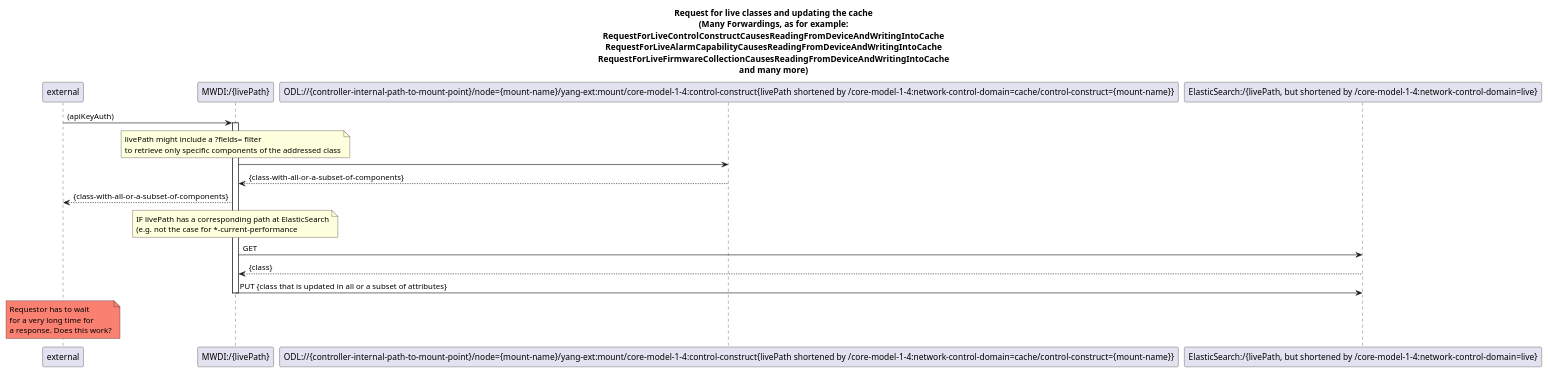
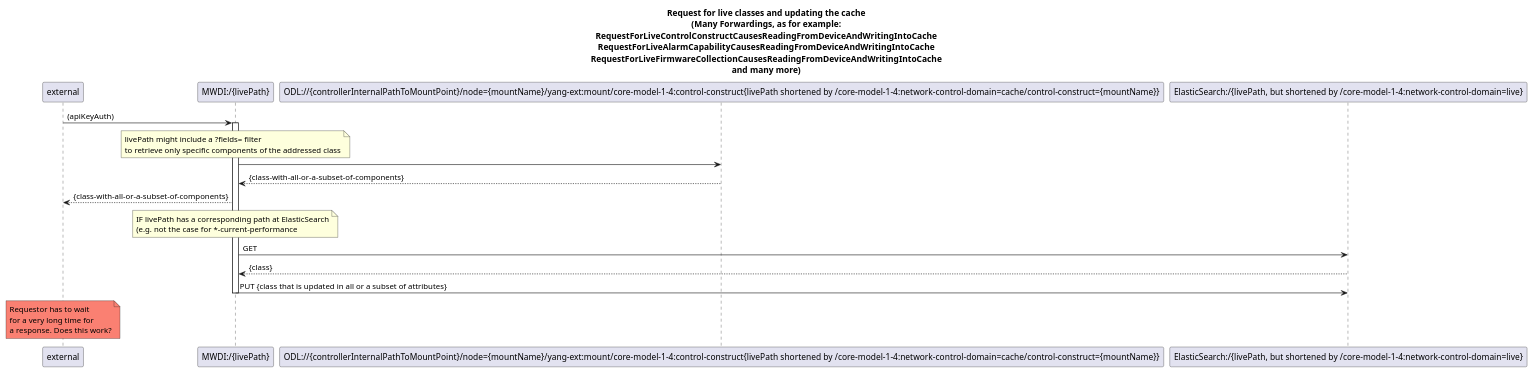
One commit to openBackhaul/MicroWaveDeviceInventory changed the diagram in spec/diagrams/500_LiveRessourcePathWithCacheUpdate.plantuml. Above: the diagram before and after it, drawn with PlantUML. The commit also changed 42 other files, not shown here.

```diff
--- a/spec/diagrams/500_LiveRessourcePathWithCacheUpdate.plantuml
+++ b/spec/diagrams/500_LiveRessourcePathWithCacheUpdate.plantuml
@@ -1,48 +1,48 @@
 @startuml 500_LiveRessourcePathWithCacheUpdate
 skinparam responseMessageBelowArrow true
 
 title 
 Request for live classes and updating the cache
 (Many Forwardings, as for example:
 RequestForLiveControlConstructCausesReadingFromDeviceAndWritingIntoCache
 RequestForLiveAlarmCapabilityCausesReadingFromDeviceAndWritingIntoCache
 RequestForLiveFirmwareCollectionCausesReadingFromDeviceAndWritingIntoCache
 and many more)
 end title
 
 
 participant "external" as requestor
 participant "MWDI:/{livePath}" as LiveControlConstructClass
-participant "ODL://{controller-internal-path-to-mount-point}/node={mount-name}/yang-ext:mount/core-model-1-4:control-construct{livePath shortened by /core-model-1-4:network-control-domain=cache/control-construct={mount-name}}" as OdlControlConstructClass
+participant "ODL://{controllerInternalPathToMountPoint}/node={mountName}/yang-ext:mount/core-model-1-4:control-construct{livePath shortened by /core-model-1-4:network-control-domain=cache/control-construct={mountName}}" as OdlControlConstructClass
 participant "ElasticSearch:/{livePath, but shortened by /core-model-1-4:network-control-domain=live}" as EsControlConstructClass
 
 
 
 requestor -> LiveControlConstructClass: (apiKeyAuth)
 activate LiveControlConstructClass
 
 note over LiveControlConstructClass
 livePath might include a ?fields= filter 
 to retrieve only specific components of the addressed class
 end note
 LiveControlConstructClass -> OdlControlConstructClass
 OdlControlConstructClass --> LiveControlConstructClass: {class-with-all-or-a-subset-of-components}
 
 LiveControlConstructClass --> requestor: {class-with-all-or-a-subset-of-components}
 
 note over LiveControlConstructClass
 IF livePath has a corresponding path at ElasticSearch
 (e.g. not the case for *-current-performance
 end note
 LiveControlConstructClass -> EsControlConstructClass: GET
 EsControlConstructClass --> LiveControlConstructClass: {class}
 
 LiveControlConstructClass -> EsControlConstructClass: PUT {class that is updated in all or a subset of attributes}
 
 deactivate LiveControlConstructClass
 
 skinparam NoteBackgroundColor salmon
 note over requestor: Requestor has to wait \nfor a very long time for \na response. Does this work?
 skinparam NoteBackgroundColor default
 
 @enduml
```
